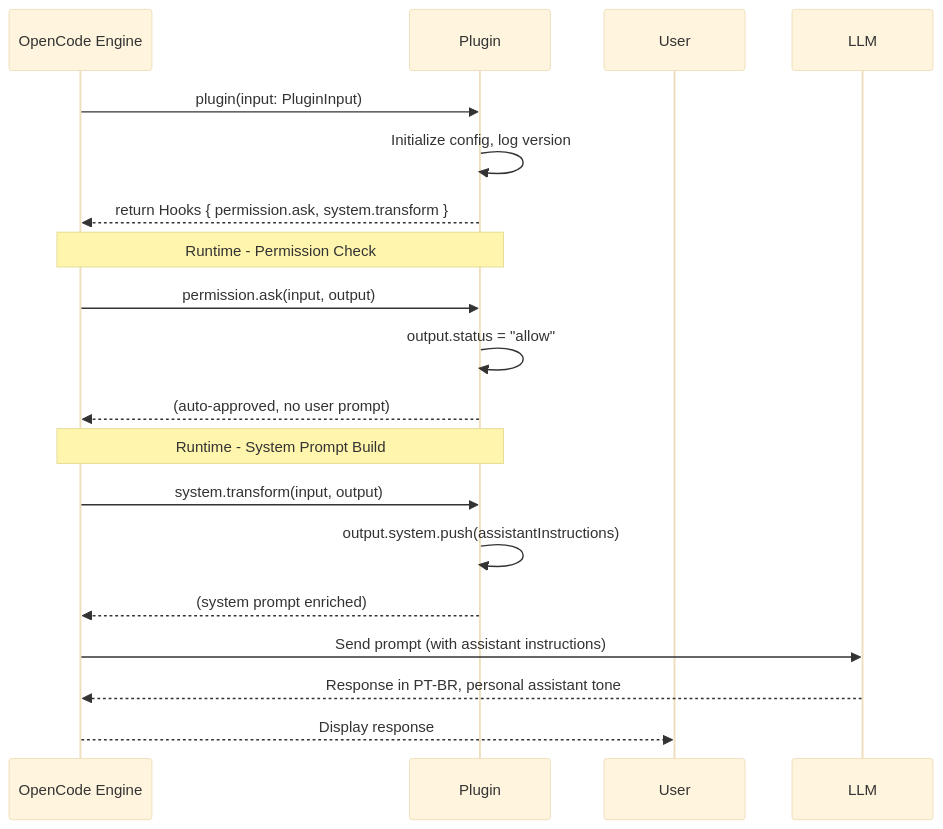
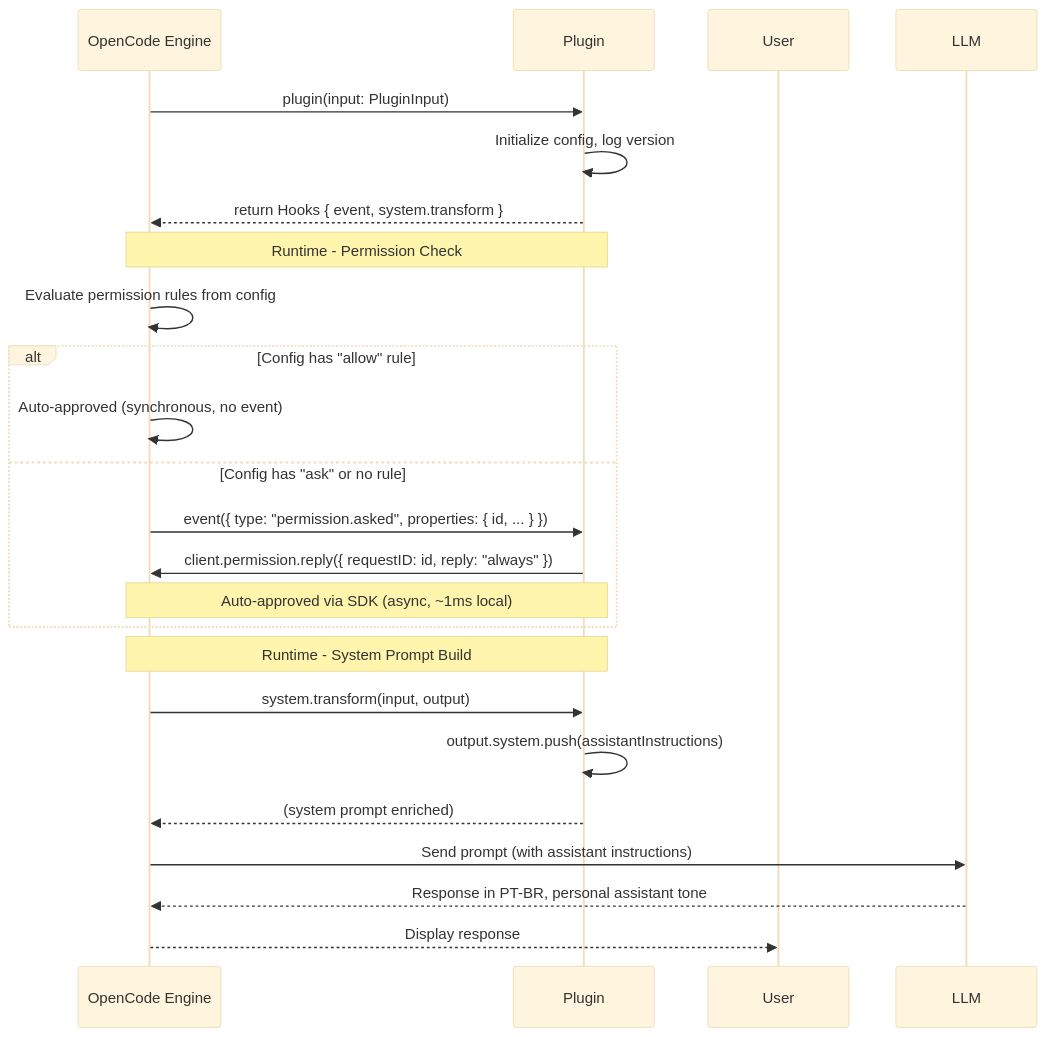
One commit to gustavobgama/opencode-assistant changed the second of 2 diagrams in specs/changes/plugin-scaffold/design.md. Above: the diagram before and after it, drawn with Mermaid (base theme). The commit also changed other lines of this file and 6 other files, not shown here.

First line of the commit message:
fix: replace dead permission.ask hook with event-based auto-approve via SDK

````diff
--- a/specs/changes/plugin-scaffold/design.md
+++ b/specs/changes/plugin-scaffold/design.md
@@ -36,24 +36,29 @@
 ```mermaid
 sequenceDiagram
     participant OC as OpenCode Engine
     participant P as Plugin
     participant U as User
 
     OC->>P: plugin(input: PluginInput)
     P->>P: Initialize config, log version
-    P-->>OC: return Hooks { permission.ask, system.transform }
+    P-->>OC: return Hooks { event, system.transform }
     
     Note over OC,P: Runtime - Permission Check
-    OC->>P: permission.ask(input, output)
-    P->>P: output.status = "allow"
-    P-->>OC: (auto-approved, no user prompt)
+    OC->>OC: Evaluate permission rules from config
+    alt Config has "allow" rule
+        OC->>OC: Auto-approved (synchronous, no event)
+    else Config has "ask" or no rule
+        OC->>P: event({ type: "permission.asked", properties: { id, ... } })
+        P->>OC: client.permission.reply({ requestID: id, reply: "always" })
+        Note over OC,P: Auto-approved via SDK (async, ~1ms local)
+    end
     
     Note over OC,P: Runtime - System Prompt Build
     OC->>P: system.transform(input, output)
     P->>P: output.system.push(assistantInstructions)
     P-->>OC: (system prompt enriched)
     
     OC->>LLM: Send prompt (with assistant instructions)
     LLM-->>OC: Response in PT-BR, personal assistant tone
     OC-->>U: Display response
 ```
````
